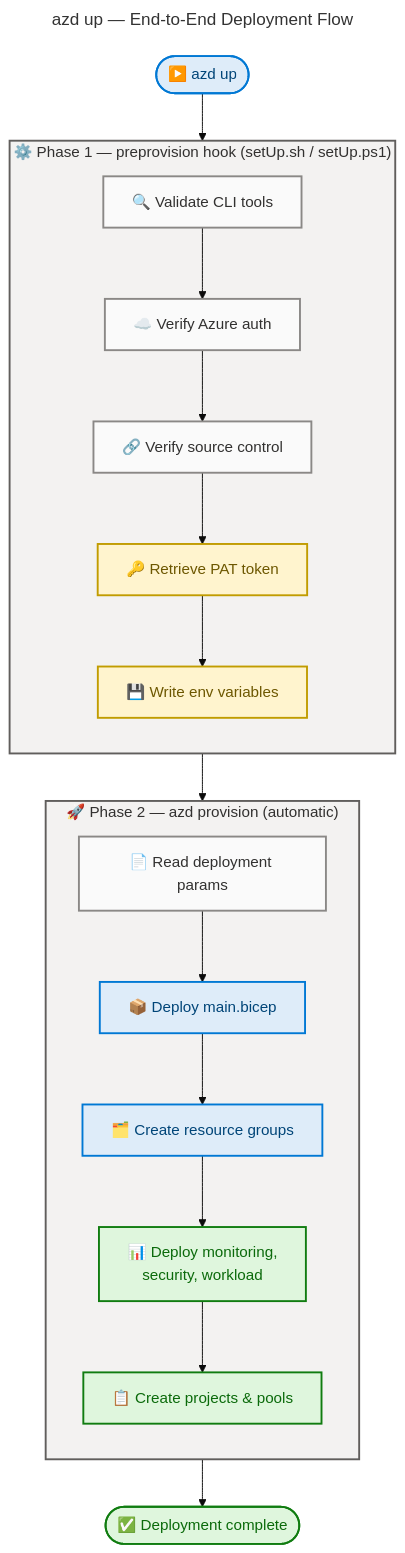
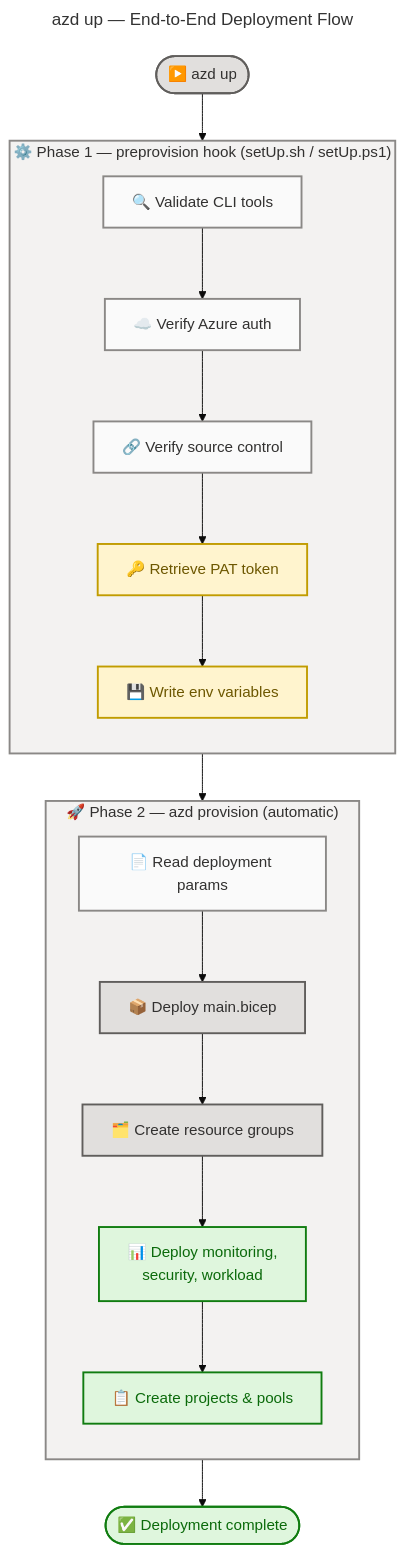
Before and after one commit to Evilazaro/DevExp-DevBox: the second of 2 diagrams in README.md, drawn with Mermaid. The commit also changed other lines of this file, not shown here.

Commit message:
docs: update color documentation in flowcharts for consistency and clarity

````diff
--- a/README.md
+++ b/README.md
@@ -250,71 +250,71 @@
 ```mermaid
 ---
 title: "azd up — End-to-End Deployment Flow"
 config:
   theme: base
   look: classic
   layout: dagre
   themeVariables:
     fontSize: '16px'
   flowchart:
     htmlLabels: true
 ---
 flowchart TD
     accTitle: azd up — End-to-End Deployment Flow
     accDescr: Shows the two-phase deployment process — preprovision setup followed by Bicep infrastructure provisioning
 
     %% ═══════════════════════════════════════════════════════════════════════════
     %% AZURE / FLUENT ARCHITECTURE PATTERN v1.1
     %% (Semantic + Structural + Font + Accessibility Governance)
     %% ═══════════════════════════════════════════════════════════════════════════
     %% PHASE 1 - STRUCTURAL: Direction explicit, flat topology, nesting ≤ 3
     %% PHASE 2 - SEMANTIC: Colors justified, max 5 semantic classes, neutral-first
     %% PHASE 3 - FONT: Dark text on light backgrounds, contrast ≥ 4.5:1
     %% PHASE 4 - ACCESSIBILITY: accTitle/accDescr present, icons on all nodes
     %% PHASE 5 - STANDARD: Governance block present, classDefs centralized
     %% ═══════════════════════════════════════════════════════════════════════════
 
     %% COLOR DOCUMENTATION
-    %% core (#DEECF9) — Entry/exit and deployment operations (azd up, Bicep deploy)
+    %% core (#E1DFDD) — Entry/exit and deployment operations (azd up, Bicep deploy)
     %% success (#DFF6DD) — Completed deployment stages
     %% warning (#FFF4CE) — Security-sensitive operations (PAT, secrets)
     %% neutral (#FAFAFA) — Validation and read operations
 
     start(["▶️ azd up"]):::core --> phase1
 
     subgraph phase1["⚙️ Phase 1 — preprovision hook (setUp.sh / setUp.ps1)"]
         direction TB
         step1["🔍 Validate CLI tools"]:::neutral
         step2["☁️ Verify Azure auth"]:::neutral
         step3["🔗 Verify source control"]:::neutral
         step4["🔑 Retrieve PAT token"]:::warning
         step5["💾 Write env variables"]:::warning
 
         step1 --> step2 --> step3 --> step4 --> step5
     end
 
     phase1 --> phase2
 
     subgraph phase2["🚀 Phase 2 — azd provision (automatic)"]
         direction TB
         prov1["📄 Read deployment params"]:::neutral
         prov2["📦 Deploy main.bicep"]:::core
         prov3["🗂️ Create resource groups"]:::core
         prov4["📊 Deploy monitoring,<br>security, workload"]:::success
         prov5["📋 Create projects & pools"]:::success
 
         prov1 --> prov2 --> prov3 --> prov4 --> prov5
     end
 
     prov5 --> done(["✅ Deployment complete"]):::success
 
-    %% SUBGRAPH STYLING — neutral fills (2 subgraphs = 2 style directives)
-    style phase1 fill:#F3F2F1,stroke:#605E5C,stroke-width:2px,color:#323130
-    style phase2 fill:#F3F2F1,stroke:#605E5C,stroke-width:2px,color:#323130
+    %% SUBGRAPH STYLING — uniform neutral fills (2 subgraphs = 2 style directives)
+    style phase1 fill:#F3F2F1,stroke:#8A8886,stroke-width:2px,color:#323130
+    style phase2 fill:#F3F2F1,stroke:#8A8886,stroke-width:2px,color:#323130
 
     %% Centralized classDef palette (canonical — max 5 semantic classes)
-    classDef core fill:#DEECF9,stroke:#0078D4,stroke-width:2px,color:#004578
+    classDef core fill:#E1DFDD,stroke:#605E5C,stroke-width:2px,color:#323130
     classDef success fill:#DFF6DD,stroke:#107C10,stroke-width:2px,color:#0B6A0B
     classDef warning fill:#FFF4CE,stroke:#C19C00,stroke-width:2px,color:#6D5700
     classDef neutral fill:#FAFAFA,stroke:#8A8886,stroke-width:2px,color:#323130
 ```
````
